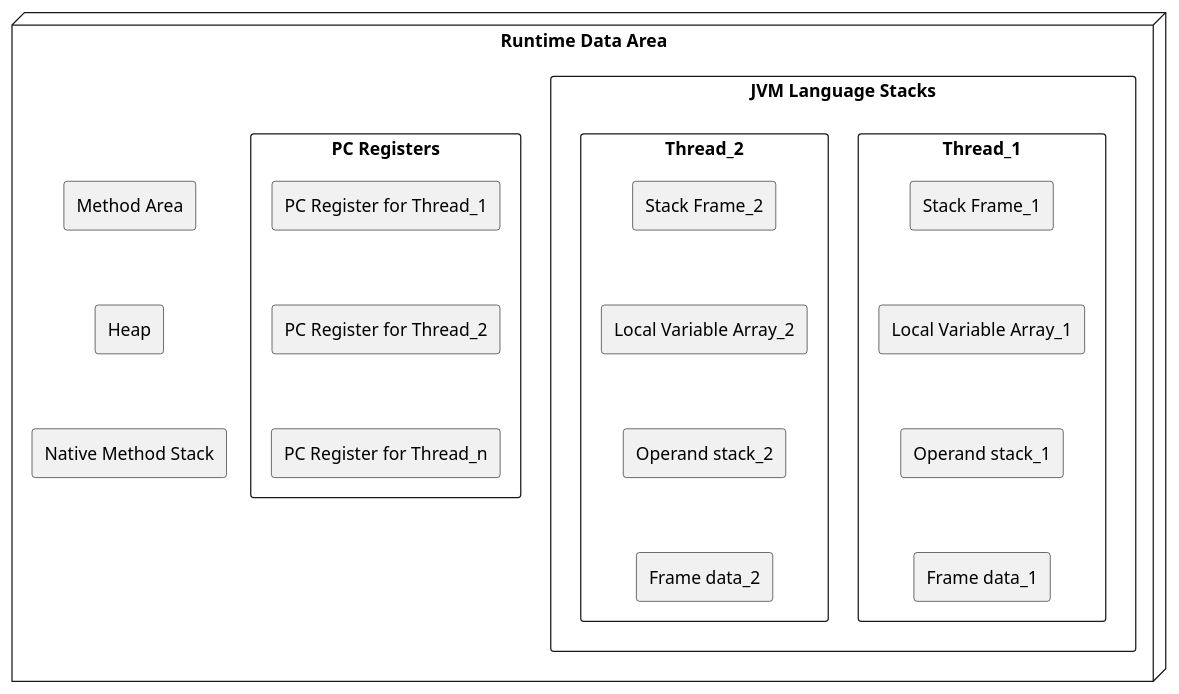
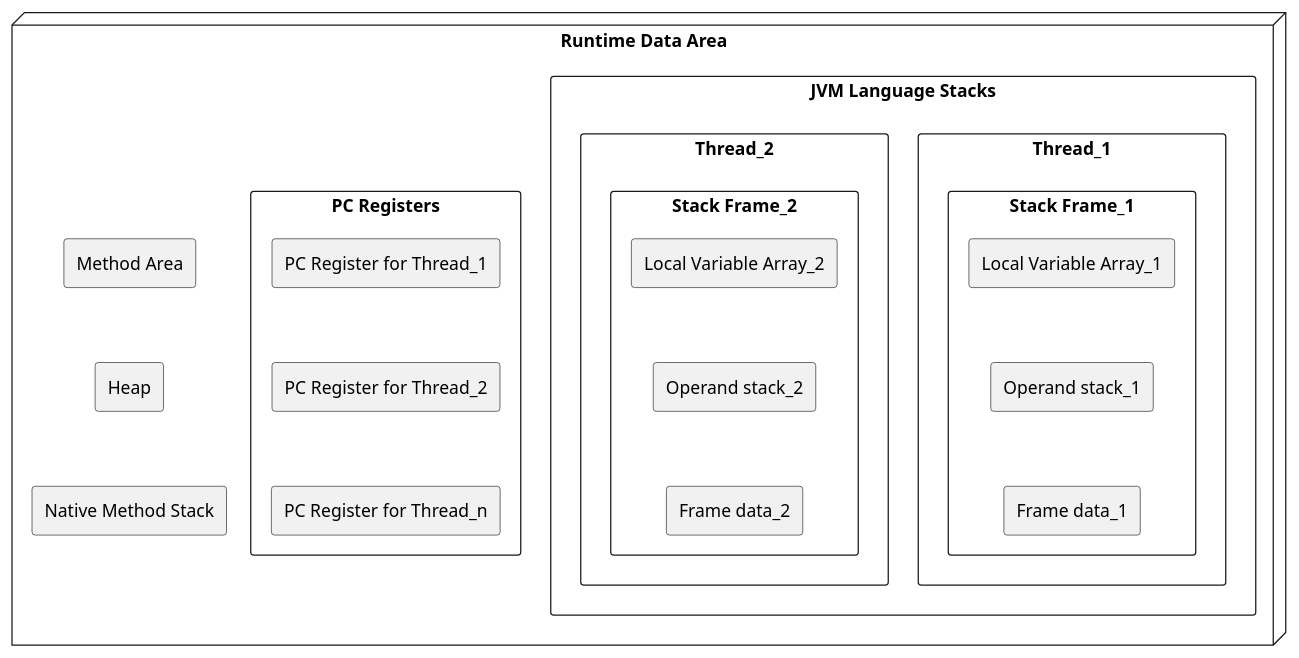
The diagram in plantuml/java/concept-jvm-6.plantuml (windowforsun/blog), drawn with PlantUML before and after one commit. The commit also changed 1 other file, not shown here.

```diff
--- a/plantuml/java/concept-jvm-6.plantuml
+++ b/plantuml/java/concept-jvm-6.plantuml
@@ -1,59 +1,58 @@
 @startuml
+skinparam linetype ortho
 
 package "Runtime Data Area" <<Node>> {
 	package "Method Area" <<Rectangle>> {
 	}
 	package "Heap" <<Rectangle>> {
 	}
 	package "JVM Language Stacks" <<Rectangle>> {
 		package "Thread_1" <<Rectangle>> {
-			package "Stack Frame_1" <<Rectangle>> {
+			rectangle "Stack Frame_1" as sk1{
+						rectangle "Local Variable Array_1" as lva1{
+            			}
+            			rectangle "Operand stack_1" as os1{
+            			}
+            			rectangle "Frame data_1" as fa1{
+            			}
+
+						lva1 -[hidden]- os1
+						os1 -[hidden]- fa1
 			}
-			package "Local Variable Array_1" <<Rectangle>> {
-			}
-			package "Operand stack_1" <<Rectangle>> {
-			}
-			package "Frame data_1" <<Rectangle>> {
-			}
-
-			"Stack Frame_1" -[hidden]-> "Local Variable Array_1"
-			"Local Variable Array_1" -[hidden]-> "Operand stack_1"
-			"Operand stack_1" -[hidden]-> "Frame data_1"
 		}
 		package "Thread_2" <<Rectangle>> {
-			package "Stack Frame_2" <<Rectangle>> {
+			rectangle "Stack Frame_2" as sk2{
+						rectangle "Local Variable Array_2" as lva2{
+            			}
+            			rectangle "Operand stack_2" as os2{
+            			}
+            			rectangle "Frame data_2" as fa2{
+            			}
+
+						lva2 -[hidden]- os2
+						os2 -[hidden]- fa2
 			}
-			package "Local Variable Array_2" <<Rectangle>> {
-			}
-			package "Operand stack_2" <<Rectangle>> {
-			}
-			package "Frame data_2" <<Rectangle>> {
-			}
-
-			"Stack Frame_2" -[hidden]-> "Local Variable Array_2"
-			"Local Variable Array_2" -[hidden]-> "Operand stack_2"
-			"Operand stack_2" -[hidden]-> "Frame data_2"
 		}
 
 '		"Thread_1" .[hidden].> "Thread_2"
 	}
 	package "PC Registers" <<Rectangle>> {
 		package "PC Register for Thread_1" <<Rectangle>> {
 		}
 		package "PC Register for Thread_2" <<Rectangle>> {
 		}
 		package "PC Register for Thread_n" <<Rectangle>> {
 		}
 
 		"PC Register for Thread_1" -[hidden]-> "PC Register for Thread_2"
 		"PC Register for Thread_2" -[hidden]-> "PC Register for Thread_n"
 	}
 	package "Native Method Stack" <<Rectangle>> {
 	}
 
 	"Method Area" -[hidden]-> "Heap"
 	"Heap" -[hidden]-> "Native Method Stack"
 }
 
 
 @enduml
```
